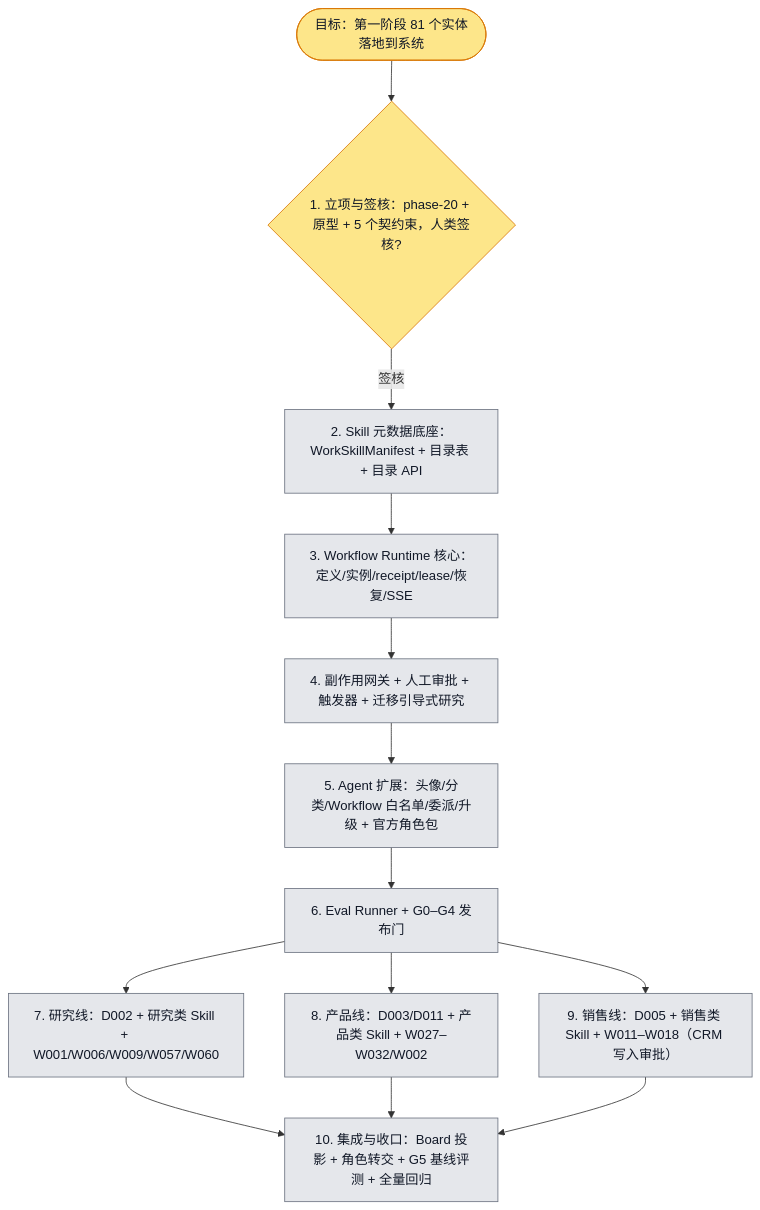
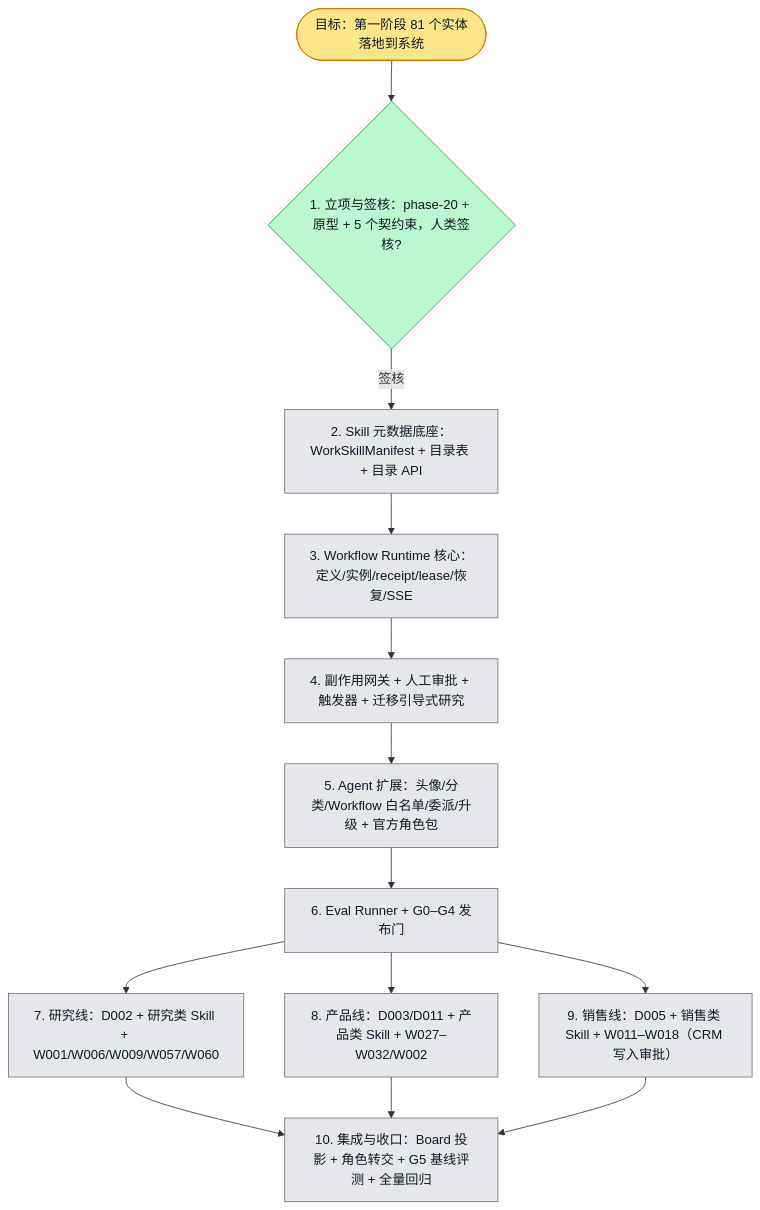
The diagram in docs/proposals/WORK-STACK-PHASE1-IMPL.plan.md (boardx/workspacex), drawn with Mermaid before and after one commit. The commit also changed other lines of this file and 99 other files, not shown here.

````diff
--- a/docs/proposals/WORK-STACK-PHASE1-IMPL.plan.md
+++ b/docs/proposals/WORK-STACK-PHASE1-IMPL.plan.md
@@ -16,37 +16,37 @@
 ```mermaid
 flowchart TD
   G([目标：第一阶段 81 个实体落地到系统])
   I1{1. 立项与签核：phase-20 + 原型 + 5 个契约束，人类签核?}
   I2[2. Skill 元数据底座：WorkSkillManifest + 目录表 + 目录 API]
   I3[3. Workflow Runtime 核心：定义/实例/receipt/lease/恢复/SSE]
   I4[4. 副作用网关 + 人工审批 + 触发器 + 迁移引导式研究]
   I5[5. Agent 扩展：头像/分类/Workflow 白名单/委派/升级 + 官方角色包]
   I6[6. Eval Runner + G0–G4 发布门]
   I7[7. 研究线：D002 + 研究类 Skill + W001/W006/W009/W057/W060]
   I8[8. 产品线：D003/D011 + 产品类 Skill + W027–W032/W002]
   I9[9. 销售线：D005 + 销售类 Skill + W011–W018（CRM 写入审批）]
   I10[10. 集成与收口：Board 投影 + 角色转交 + G5 基线评测 + 全量回归]
 
   G --> I1 -- 签核 --> I2 --> I3 --> I4 --> I5 --> I6
   I6 --> I7 --> I10
   I6 --> I8 --> I10
   I6 --> I9 --> I10
 
   classDef todo fill:#e5e7eb,stroke:#6b7280,color:#111827
   classDef doing fill:#fde68a,stroke:#d97706,color:#111827
   classDef done fill:#bbf7d0,stroke:#16a34a,color:#111827
   classDef tested fill:#ddd6fe,stroke:#7c3aed,color:#111827
   classDef blocked fill:#fecaca,stroke:#dc2626,color:#111827
 
   class G doing
-  class I1 doing
+  class I1 done
   class I2 todo
   class I3 todo
   class I4 todo
   class I5 todo
   class I6 todo
   class I7 todo
   class I8 todo
   class I9 todo
   class I10 todo
 ```
````
